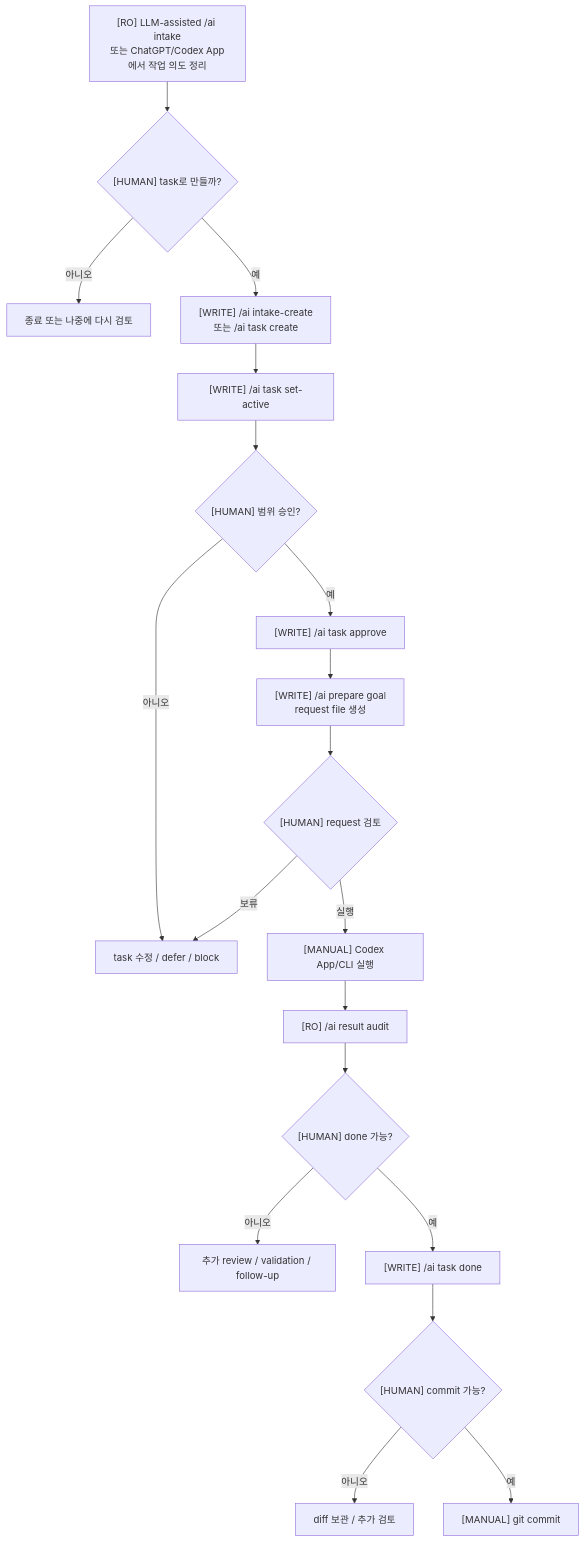
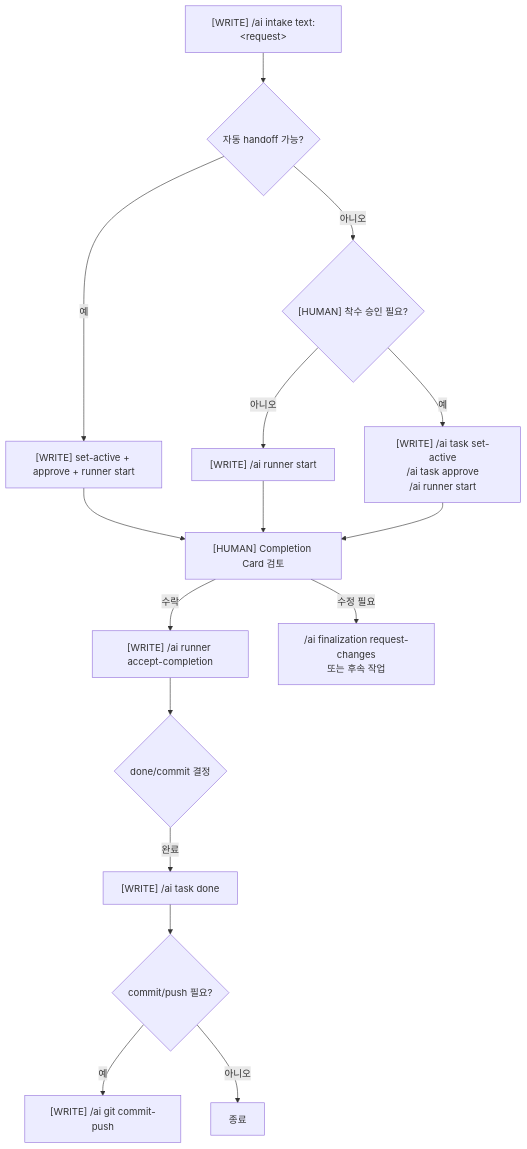
One commit to cv-918/play-ground changed the first of 5 diagrams in _Docs/AIWorkflow/AIWorkflow_Flowchart_KR.md. Above: the diagram before and after it, drawn with Mermaid. The commit also changed other lines of this file and 17 other files, not shown here.

````diff
--- a/_Docs/AIWorkflow/AIWorkflow_Flowchart_KR.md
+++ b/_Docs/AIWorkflow/AIWorkflow_Flowchart_KR.md
@@ -19,21 +19,18 @@
 ```mermaid
 flowchart TD
-    A["[RO] LLM-assisted /ai intake<br/>또는 ChatGPT/Codex App에서 작업 의도 정리"] --> B{"[HUMAN] task로 만들까?"}
-    B -- 아니오 --> Z["종료 또는 나중에 다시 검토"]
-    B -- 예 --> C["[WRITE] /ai intake-create<br/>또는 /ai task create"]
-    C --> D["[WRITE] /ai task set-active"]
-    D --> E{"[HUMAN] 범위 승인?"}
-    E -- 아니오 --> E2["task 수정 / defer / block"]
-    E -- 예 --> F["[WRITE] /ai task approve"]
-    F --> G["[WRITE] /ai prepare goal<br/>request file 생성"]
-    G --> H{"[HUMAN] request 검토"}
-    H -- 보류 --> E2
-    H -- 실행 --> I["[MANUAL] Codex App/CLI 실행"]
-    I --> J["[RO] /ai result audit"]
-    J --> K{"[HUMAN] done 가능?"}
-    K -- 아니오 --> L["추가 review / validation / follow-up"]
-    K -- 예 --> M["[WRITE] /ai task done"]
-    M --> N{"[HUMAN] commit 가능?"}
-    N -- 아니오 --> O["diff 보관 / 추가 검토"]
-    N -- 예 --> P["[MANUAL] git commit"]
+    A["[WRITE] /ai intake text:&lt;request&gt;"] --> B{"자동 handoff 가능?"}
+    B -- 예 --> C["[WRITE] set-active + approve + runner start"]
+    B -- 아니오 --> D{"[HUMAN] 착수 승인 필요?"}
+    D -- 아니오 --> E["[WRITE] /ai runner start"]
+    D -- 예 --> F["[WRITE] /ai task set-active<br/>/ai task approve<br/>/ai runner start"]
+    C --> G["[HUMAN] Completion Card 검토"]
+    E --> G
+    F --> G
+    G -- 수락 --> H["[WRITE] /ai runner accept-completion"]
+    G -- 수정 필요 --> I["/ai finalization request-changes<br/>또는 후속 작업"]
+    H --> J{"done/commit 결정"}
+    J -- 완료 --> K["[WRITE] /ai task done"]
+    K --> L{"commit/push 필요?"}
+    L -- 예 --> M["[WRITE] /ai git commit-push"]
+    L -- 아니오 --> N["종료"]
 ```
````
